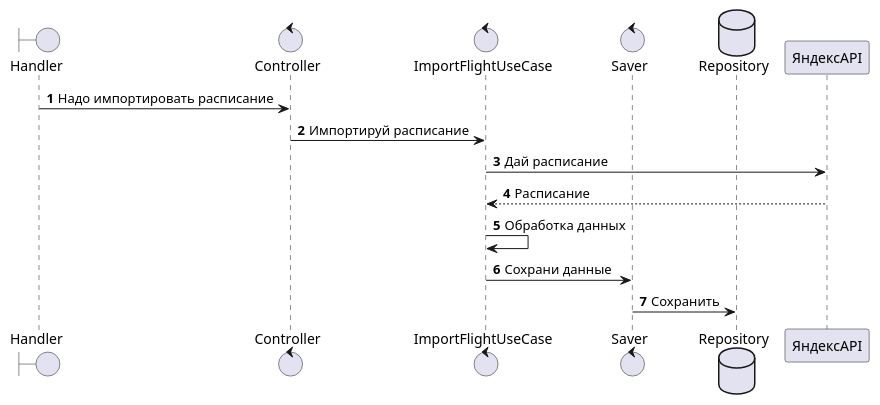
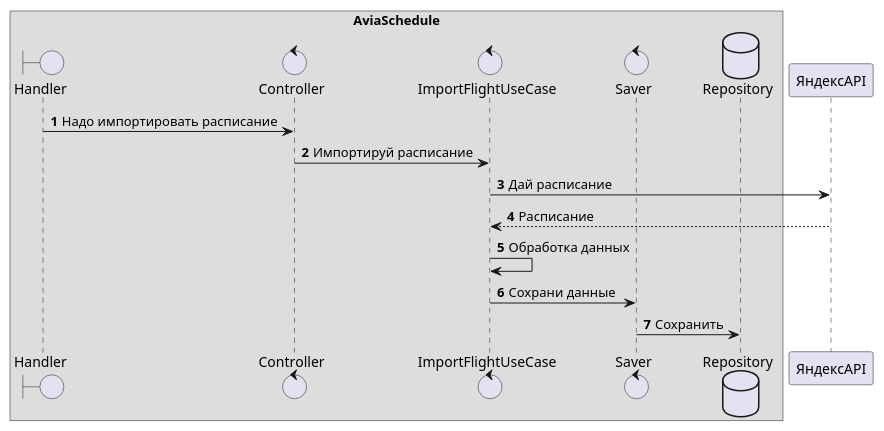
Before and after one commit to Igrick88/AviaSchedule: the diagram in System_Architecture/Сиквенс_AviaSchedule.puml, drawn with PlantUML.

Commit message:
Добавил box

```diff
--- a/System_Architecture/Сиквенс_AviaSchedule.puml
+++ b/System_Architecture/Сиквенс_AviaSchedule.puml
@@ -1,21 +1,23 @@
 @startuml
 'https://plantuml.com/sequence-diagram
 
 autonumber
 
+box AviaSchedule
 boundary Handler
 control Controller
 control ImportFlightUseCase
 control Saver
 database Repository as db
+end box
 participant ЯндексAPI as ya
 
 Handler -> Controller: Надо импортировать расписание
 Controller -> ImportFlightUseCase: Импортируй расписание
 ImportFlightUseCase -> ya: Дай расписание
 ya --> ImportFlightUseCase: Расписание
 ImportFlightUseCase -> ImportFlightUseCase: Обработка данных
 ImportFlightUseCase -> Saver: Сохрани данные
 Saver -> db: Сохранить
 
 @enduml
```
